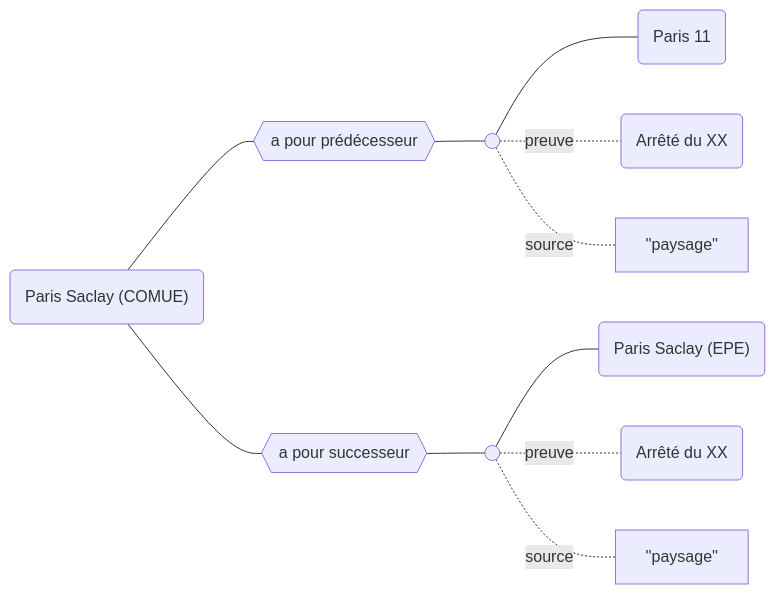
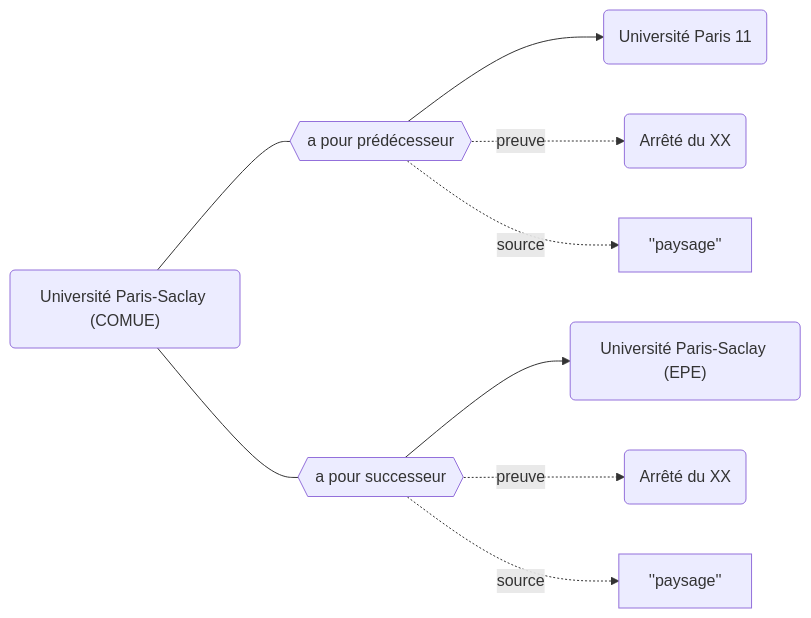
Before and after one commit to abes-esr/movies-doc: the third of 3 diagrams in docs/Modélisation Movies/Généalogie des établissements.md, drawn with Mermaid. The commit also changed other lines of this file and 28 other files, not shown here.

````diff
--- a/docs/Modélisation Movies/Généalogie des établissements.md
+++ b/docs/Modélisation Movies/Généalogie des établissements.md
@@ -25,16 +44,14 @@
 ```mermaid
 graph LR
-    PS("Paris Saclay (COMUE)")
+    PS("Université Paris-Saclay (COMUE)")
+    PS_EPE("Université Paris-Saclay (EPE)")
+    P_11("Université Paris 11")
 
-    PS_EPE("Paris Saclay (EPE)")
-    P_11(Paris 11)
-    PS --- _{{a pour prédécesseur}} --- PRED(( ))
-    PRED --- P_11
-    PRED -.- |preuve| PreuvePred(Arrêté du XX)
-    PRED -.- |source| SourcePred[''paysage'']
+    PS --- PRED{{a pour prédécesseur}} --> P_11
+    PRED -.-> |preuve| PreuvePred(Arrêté du XX)
+    PRED -.-> |source| SourcePred[''paysage'']
 
-    PS --- __{{a pour successeur}} ---  SUCC(( ))
-    SUCC --- PS_EPE
-    SUCC -.- |preuve| PreuveSucc(Arrêté du XX)
-    SUCC -.- |source| SourceSucc[''paysage'']
+    PS --- SUCC{{a pour successeur}} --> PS_EPE
+    SUCC -.-> |preuve| PreuveSucc(Arrêté du XX)
+    SUCC -.-> |source| SourceSucc[''paysage'']
 ```
````
